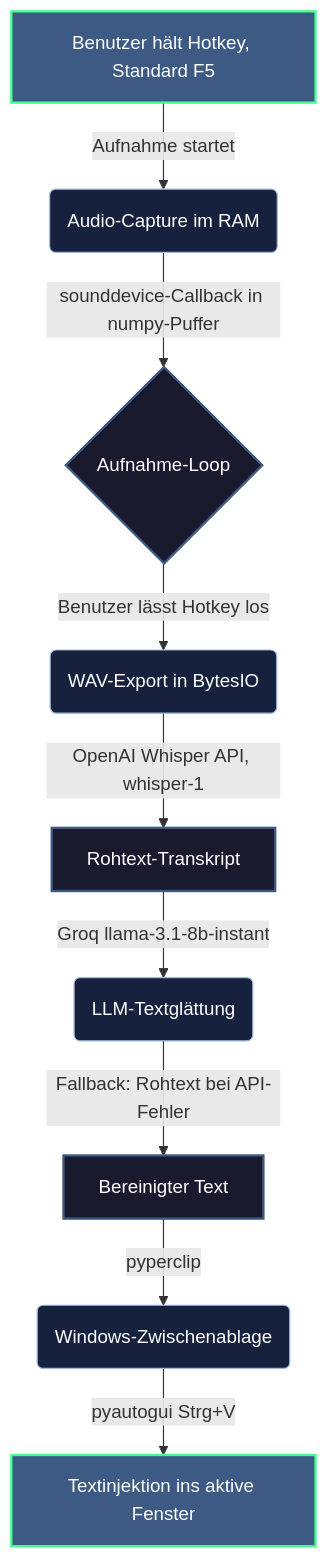
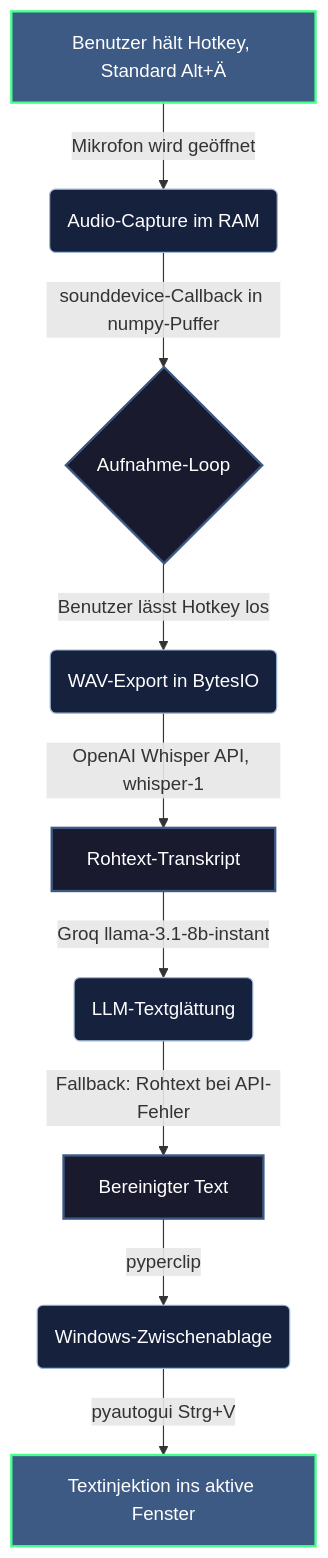
Before and after one commit to HeartledAgentEngineer/it-ot-agentic-engineering: the diagram in 02_Softwareentwicklung_IT/typeFREE/README.md, drawn with Mermaid. The commit also changed other lines of this file and 2 other files, not shown here.

````diff
--- a/02_Softwareentwicklung_IT/typeFREE/README.md
+++ b/02_Softwareentwicklung_IT/typeFREE/README.md
@@ -24,19 +24,19 @@
 ```mermaid
 graph TD
     %% Styling
     classDef default fill:#1a1a2e,stroke:#3d5a85,stroke-width:2px,color:#ffffff;
     classDef process fill:#16213e,stroke:#9db8d9,stroke-width:1px,color:#ffffff;
     classDef highlight fill:#3d5a85,stroke:#44ff88,stroke-width:2px,color:#ffffff;
 
-    A[Benutzer hält Hotkey, Standard F5] -->|Aufnahme startet| B(Audio-Capture im RAM)
+    A[Benutzer hält Hotkey, Standard Alt+Ä] -->|Mikrofon wird geöffnet| B(Audio-Capture im RAM)
     B -->|sounddevice-Callback in numpy-Puffer| C{Aufnahme-Loop}
     C -->|Benutzer lässt Hotkey los| D(WAV-Export in BytesIO)
     D -->|OpenAI Whisper API, whisper-1| E[Rohtext-Transkript]
     E -->|Groq llama-3.1-8b-instant| F(LLM-Textglättung)
     F -->|Fallback: Rohtext bei API-Fehler| G[Bereinigter Text]
     G -->|pyperclip| H(Windows-Zwischenablage)
     H -->|pyautogui Strg+V| I[Textinjektion ins aktive Fenster]
 
     class A,I highlight;
     class B,D,F,H process;
 ```
````
